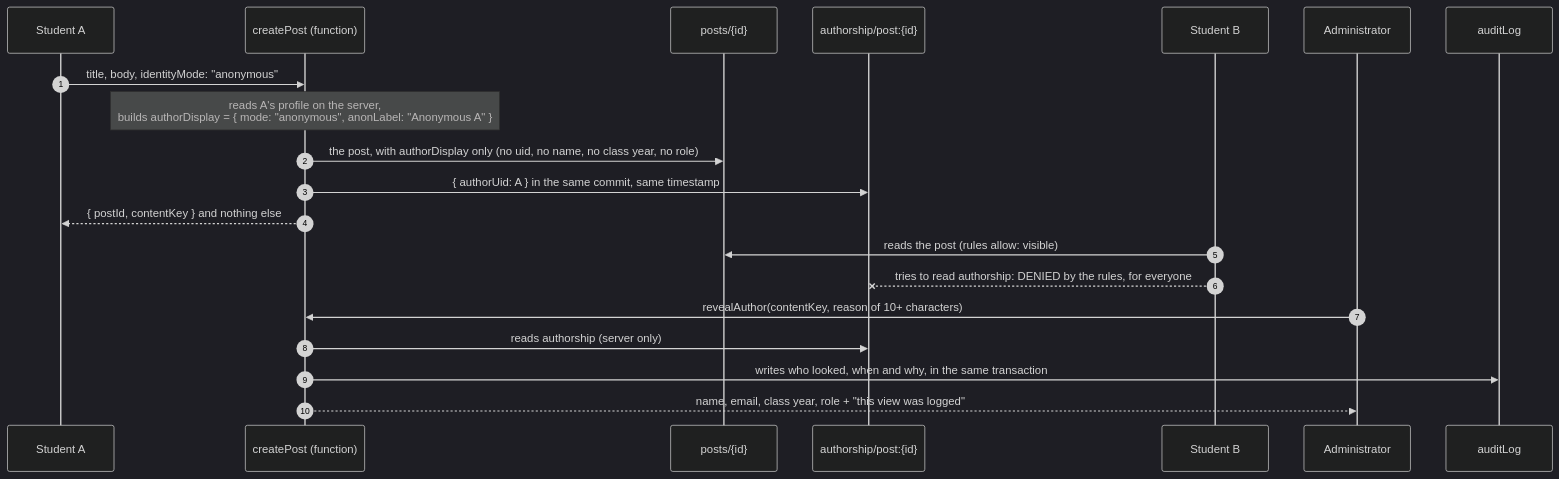
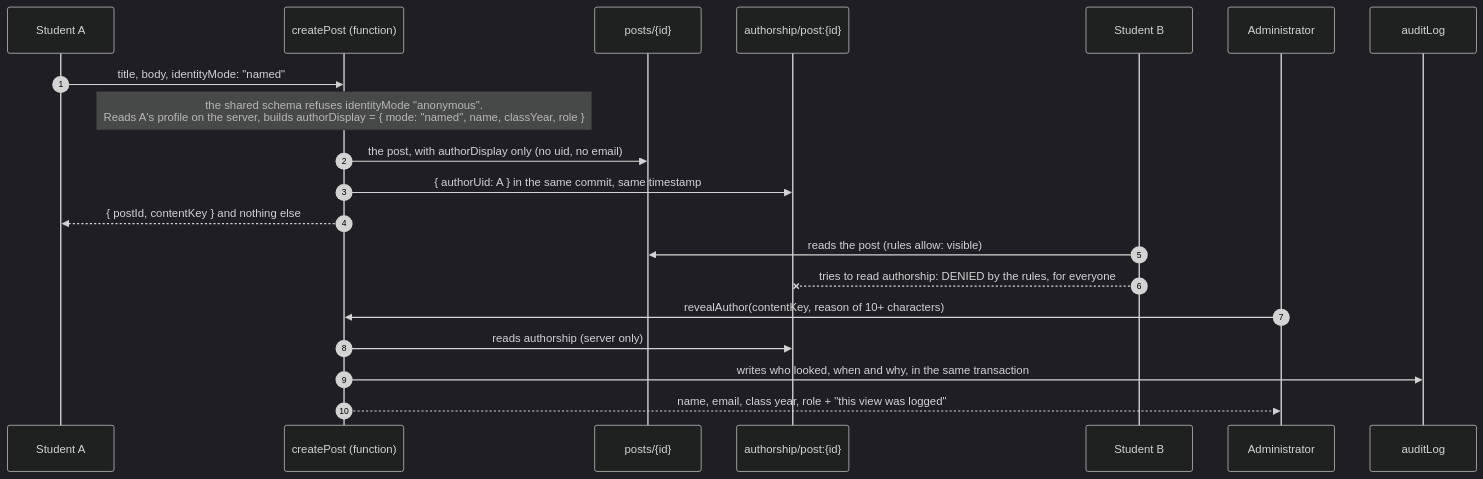
One commit to jaydenaleung/nobles-reddit changed the second of 2 diagrams in docs/ARCHITECTURE.md. Above: the diagram before and after it, drawn with Mermaid (dark theme). The commit also changed other lines of this file and 19 other files, not shown here.

First line of the commit message:
test: match no-anonymous posting, /values and Neddit name

````diff
--- a/docs/ARCHITECTURE.md
+++ b/docs/ARCHITECTURE.md
@@ -34,23 +36,23 @@
 ```mermaid
 sequenceDiagram
   autonumber
   participant A as Student A
   participant F as createPost (function)
   participant P as posts/{id}
   participant S as authorship/post:{id}
   participant B as Student B
   participant Adm as Administrator
   participant L as auditLog
 
-  A->>F: title, body, identityMode: "anonymous"
-  Note over F: reads A's profile on the server,<br/>builds authorDisplay = { mode: "anonymous", anonLabel: "Anonymous A" }
-  F->>P: the post, with authorDisplay only (no uid, no name, no class year, no role)
+  A->>F: title, body, identityMode: "named"
+  Note over F: the shared schema refuses identityMode "anonymous".<br/>Reads A's profile on the server, builds authorDisplay = { mode: "named", name, classYear, role }
+  F->>P: the post, with authorDisplay only (no uid, no email)
   F->>S: { authorUid: A } in the same commit, same timestamp
   F-->>A: { postId, contentKey } and nothing else
   B->>P: reads the post (rules allow: visible)
   B--xS: tries to read authorship: DENIED by the rules, for everyone
   Adm->>F: revealAuthor(contentKey, reason of 10+ characters)
   F->>S: reads authorship (server only)
   F->>L: writes who looked, when and why, in the same transaction
   F-->>Adm: name, email, class year, role + "this view was logged"
 ```
````
